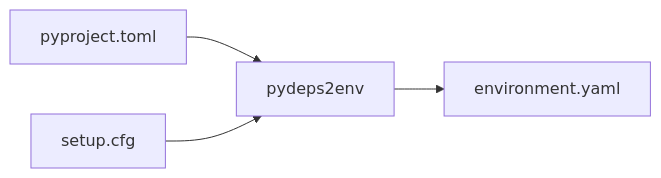
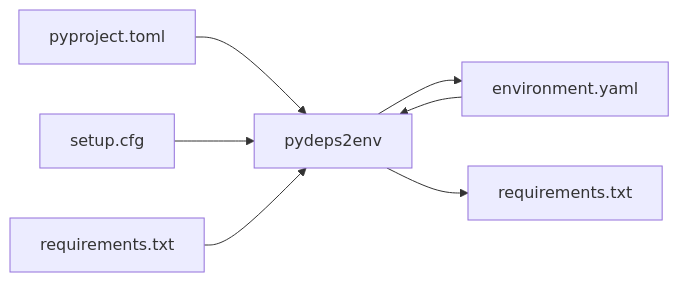
One commit to CagtayFabry/pydeps2env changed the diagram in README.md. Above: the diagram before and after it, drawn with Mermaid. The commit also changed 4 other files, not shown here.

````diff
--- a/README.md
+++ b/README.md
@@ -11,6 +11,9 @@
 ```mermaid
 flowchart LR
     pyproject.toml --> pydeps2env
     setup.cfg --> pydeps2env
+    environment.yaml --> pydeps2env
+    requirements.txt --> pydeps2env
     pydeps2env --> environment.yaml
+    pydeps2env --> R2[requirements.txt]
 ```
````
